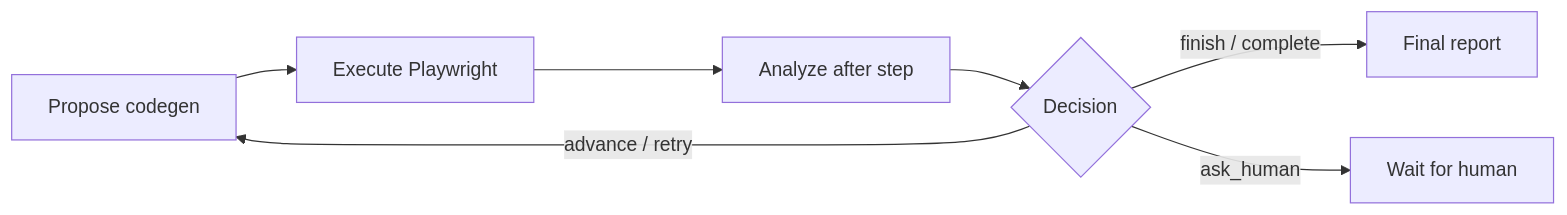
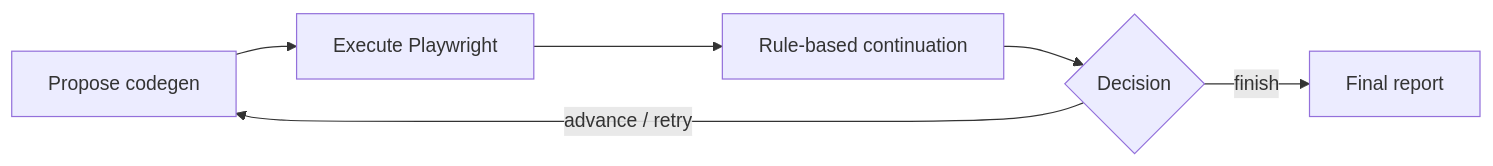
One commit to jvinals/bladerunner changed the diagram in README.md. Above: the diagram before and after it, drawn with Mermaid. The commit also changed other lines of this file and 11 other files, not shown here.

First line of the commit message:
Bump version to 0.10.229: drop evaluation analyzer LLM; deterministic continuation + signalEvaluationComplete.

````diff
--- a/README.md
+++ b/README.md
@@ -256,9 +256,8 @@
 ```mermaid
 flowchart LR
   A[Propose codegen] --> B[Execute Playwright]
-  B --> C[Analyze after step]
+  B --> C[Rule-based continuation]
   C --> D{Decision}
   D -->|advance / retry| A
-  D -->|finish / complete| E[Final report]
-  D -->|ask_human| F[Wait for human]
+  D -->|finish| E[Final report]
 ```
````
